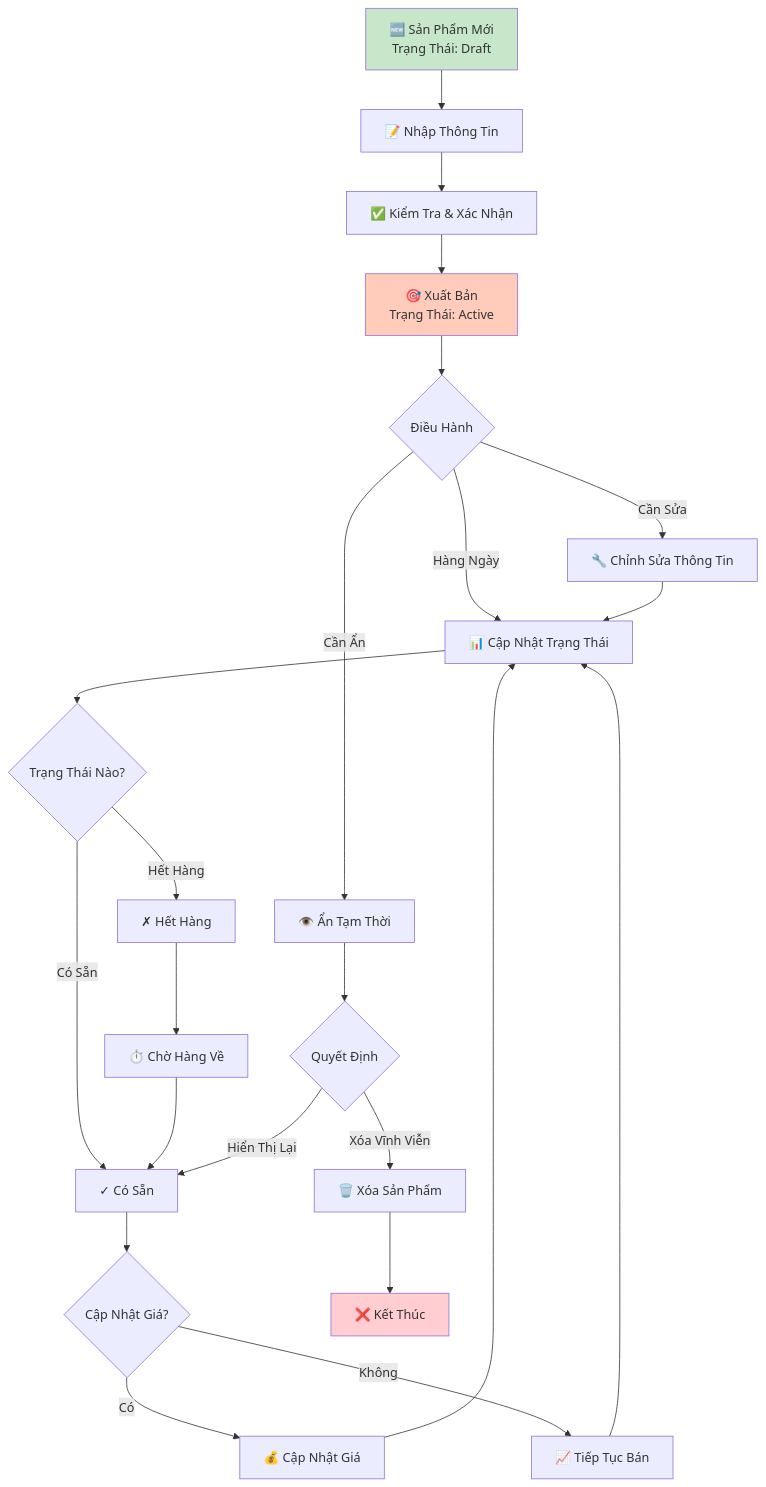
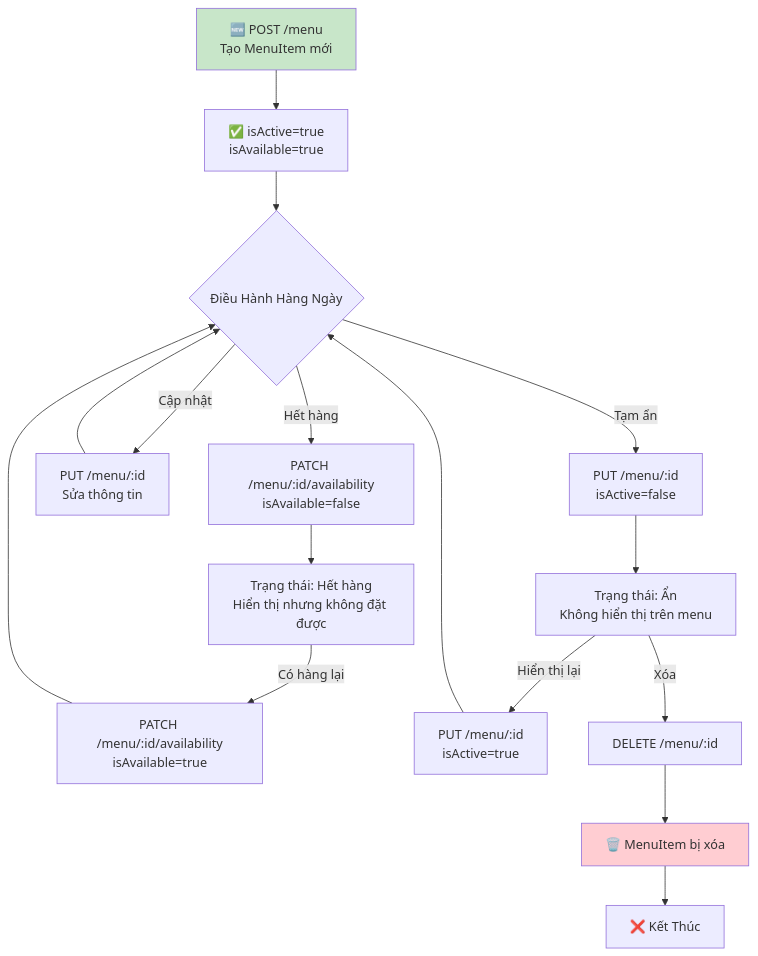
Before and after one commit to huy1235588/restaurant-management: diagram 11 of 12 in docs/diagrams/MENU_MANAGEMENT_DIAGRAMS.md, drawn with Mermaid. The commit also changed other lines of this file and 18 other files, not shown here.

````diff
--- a/docs/diagrams/MENU_MANAGEMENT_DIAGRAMS.md
+++ b/docs/diagrams/MENU_MANAGEMENT_DIAGRAMS.md
@@ -467,35 +365,26 @@
 ```mermaid
 graph TD
-    A["🆕 Sản Phẩm Mới<br/>Trạng Thái: Draft"] --> B["📝 Nhập Thông Tin"]
-    B --> C["✅ Kiểm Tra & Xác Nhận"]
-    C --> D["🎯 Xuất Bản<br/>Trạng Thái: Active"]
-    D --> E{Điều Hành}
+    A["🆕 POST /menu<br/>Tạo MenuItem mới"] --> B["✅ isActive=true<br/>isAvailable=true"]
+    B --> C{Điều Hành Hàng Ngày}
 
-    E -->|Hàng Ngày| F["📊 Cập Nhật Trạng Thái"]
-    E -->|Cần Sửa| G["🔧 Chỉnh Sửa Thông Tin"]
-    E -->|Cần Ẩn| H["👁️ Ẩn Tạm Thời"]
+    C -->|Hết hàng| D["PATCH /menu/:id/availability<br/>isAvailable=false"]
+    C -->|Cập nhật| E["PUT /menu/:id<br/>Sửa thông tin"]
+    C -->|Tạm ẩn| F["PUT /menu/:id<br/>isActive=false"]
 
-    F --> I{Trạng Thái Nào?}
-    I -->|Có Sẵn| J["✓ Có Sẵn"]
-    I -->|Hết Hàng| K["✗ Hết Hàng"]
+    D --> G["Trạng thái: Hết hàng<br/>Hiển thị nhưng không đặt được"]
+    E --> C
+    F --> H["Trạng thái: Ẩn<br/>Không hiển thị trên menu"]
 
-    J --> L{Cập Nhật Giá?}
-    L -->|Có| M["💰 Cập Nhật Giá"]
-    L -->|Không| N["📈 Tiếp Tục Bán"]
+    G -->|Có hàng lại| I["PATCH /menu/:id/availability<br/>isAvailable=true"]
+    I --> C
 
-    K --> O["⏱️ Chờ Hàng Về"]
-    O --> J
+    H -->|Hiển thị lại| J["PUT /menu/:id<br/>isActive=true"]
+    J --> C
 
-    G --> F
-    H --> P{Quyết Định}
-    P -->|Hiển Thị Lại| J
-    P -->|Xóa Vĩnh Viễn| Q["🗑️ Xóa Sản Phẩm"]
-
-    M --> F
-    N --> F
-    Q --> R["❌ Kết Thúc"]
+    H -->|Xóa| K["DELETE /menu/:id"]
+    K --> L["🗑️ MenuItem bị xóa"]
+    L --> M["❌ Kết Thúc"]
 
     style A fill:#c8e6c9
-    style D fill:#ffccbc
-    style R fill:#ffcdd2
+    style L fill:#ffcdd2
 ```
````
